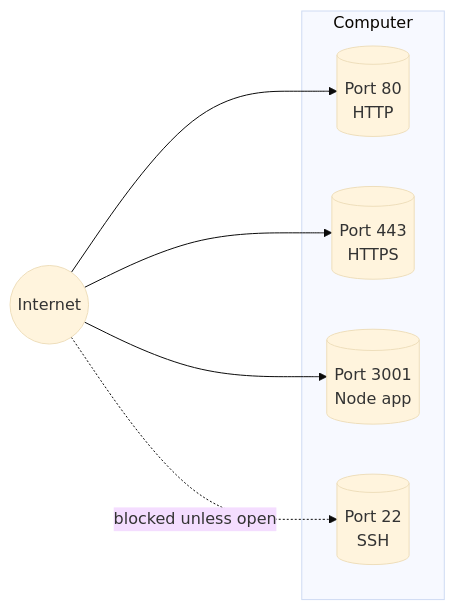
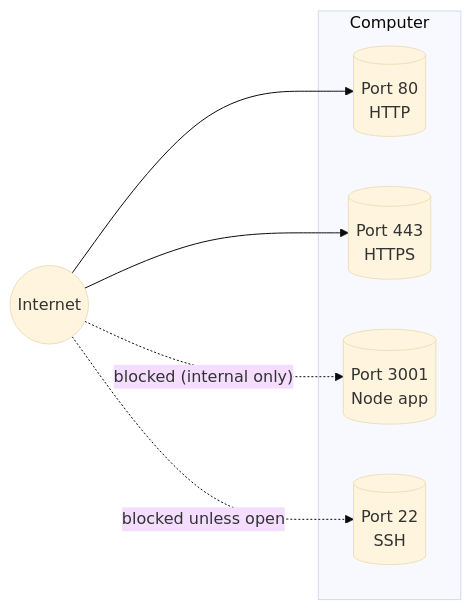
The first of 2 diagrams in foundations/02-clients-servers-ports.md (agrawalanuj25/backend_engineering_first_principles), drawn with Mermaid (base theme) before and after one commit. The commit also changed 18 other files, not shown here.

Commit message:
Genericize learner framing; add roadmap, plans, and visualizations

````diff
--- a/foundations/02-clients-servers-ports.md
+++ b/foundations/02-clients-servers-ports.md
@@ -43,13 +43,13 @@
 ```mermaid
 flowchart LR
     subgraph Computer
         P80[(Port 80\nHTTP)]
         P443[(Port 443\nHTTPS)]
         P3001[(Port 3001\nNode app)]
         P22[(Port 22\nSSH)]
     end
     NET((Internet)) --> P80
     NET --> P443
-    NET --> P3001
+    NET -. blocked (internal only) .-> P3001
     NET -. blocked unless open .-> P22
 ```
````
